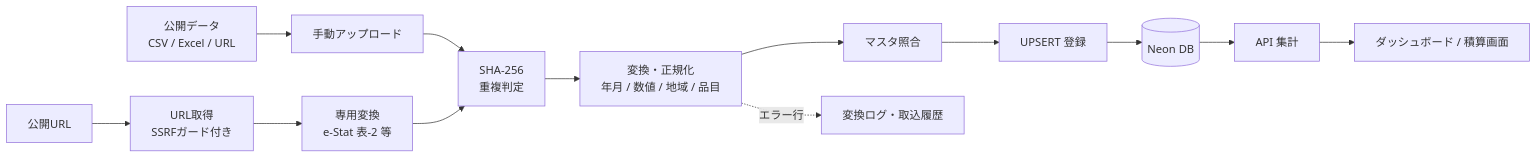
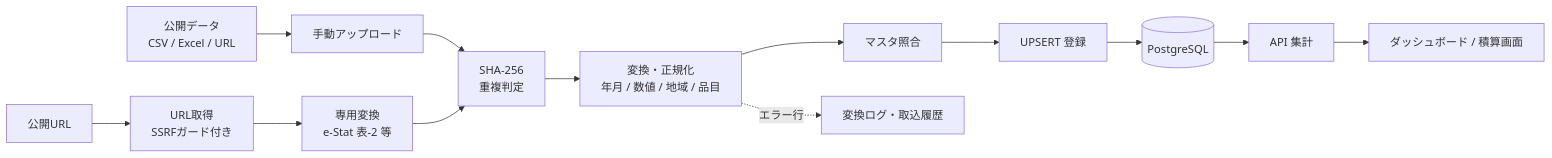
One commit to Kensan196948G/Civil-Cost-Index-Dashboard changed the third of 9 diagrams in README.md. Above: the diagram before and after it, drawn with Mermaid. The commit also changed other lines of this file and 19 other files, not shown here.

````diff
--- a/README.md
+++ b/README.md
@@ -144,15 +144,15 @@
 ```mermaid
 flowchart LR
     SRC["公開データ<br/>CSV / Excel / URL"] --> UP["手動アップロード"]
     URL["公開URL"] --> FETCH["URL取得<br/>SSRFガード付き"]
     FETCH --> CONV["専用変換<br/>e-Stat 表-2 等"]
     UP --> HASH["SHA-256<br/>重複判定"]
     CONV --> HASH
     HASH --> TR["変換・正規化<br/>年月 / 数値 / 地域 / 品目"]
     TR --> MS["マスタ照合"]
     MS --> UPSERT["UPSERT 登録"]
-    UPSERT --> DB[("Neon DB")]
+    UPSERT --> DB[("PostgreSQL")]
     DB --> API["API 集計"]
     API --> UI["ダッシュボード / 積算画面"]
     TR -. "エラー行" .-> LOG["変換ログ・取込履歴"]
 ```
````
